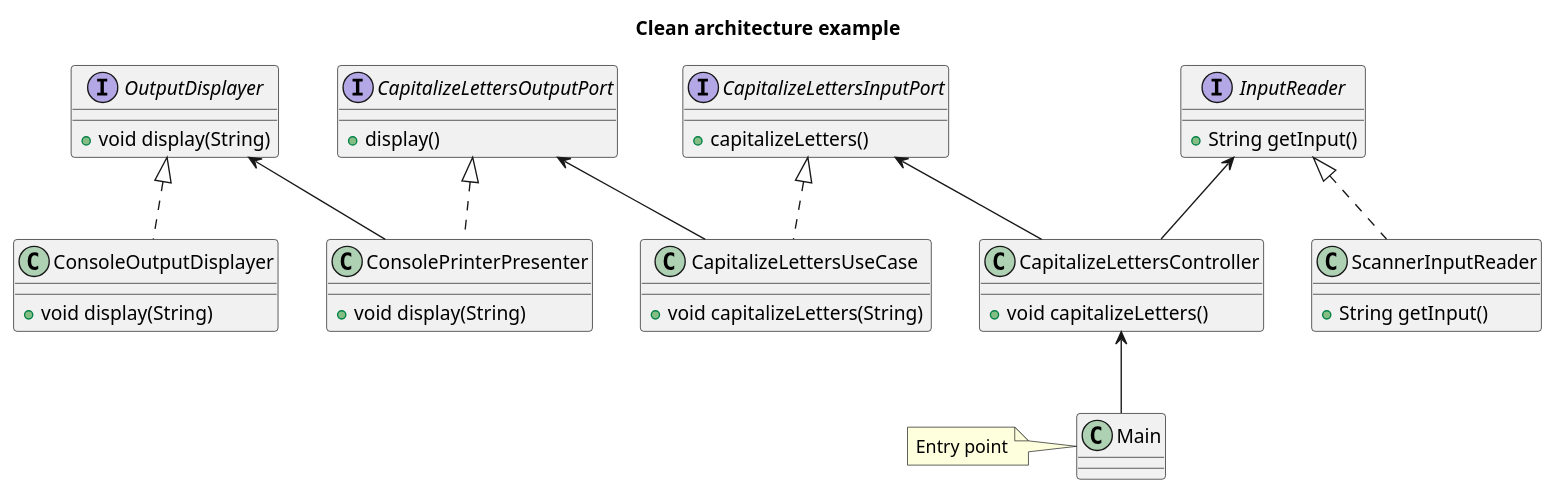
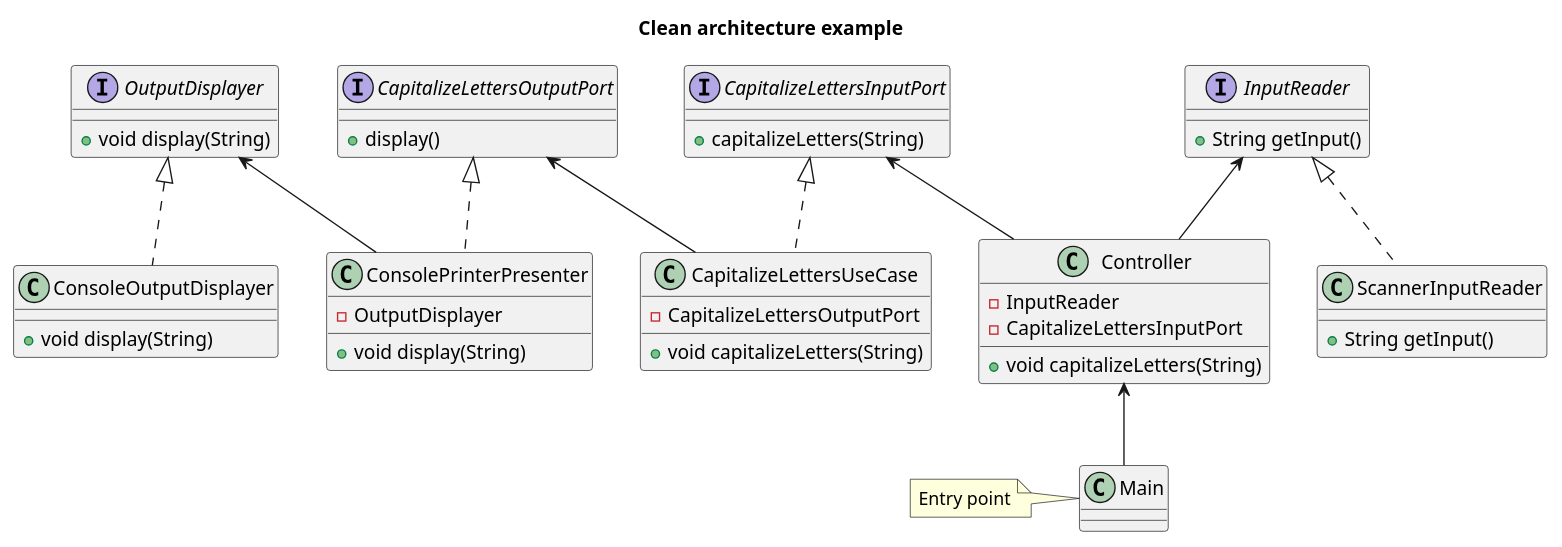
One commit to acejazz/clean-architecture-example changed the diagram in class-diagram.pu. Above: the diagram before and after it, drawn with PlantUML. The commit also changed 4 other files, not shown here.

Commit message:
Fix class diagram and rename controller

```diff
--- a/class-diagram.pu
+++ b/class-diagram.pu
@@ -1,56 +1,60 @@
 @startuml
 
 title Clean architecture example
 
 interface CapitalizeLettersInputPort {
-    +capitalizeLetters()
+    + capitalizeLetters(String)
 }
 
 interface CapitalizeLettersOutputPort {
-    +display()
+    + display()
 }
 
 interface InputReader {
-    +String getInput()
+    + String getInput()
 }
 
 interface OutputDisplayer {
-    +void display(String)
+    + void display(String)
 }
 
 class CapitalizeLettersUseCase {
-    +void capitalizeLetters(String)
+    - CapitalizeLettersOutputPort
+    + void capitalizeLetters(String)
 }
 
-class CapitalizeLettersController {
-    +void capitalizeLetters()
+class Controller {
+    - InputReader
+    - CapitalizeLettersInputPort
+    + void capitalizeLetters(String)
 }
 
 class ConsolePrinterPresenter {
-    +void display(String)
+    - OutputDisplayer
+    + void display(String)
 }
 
 class ScannerInputReader {
-    +String getInput()
+    + String getInput()
 }
 
 class ConsoleOutputDisplayer {
-    +void display(String)
+    + void display(String)
 }
 
 class Main{
 
 }
 note left: Entry point
 
 CapitalizeLettersInputPort <|.. CapitalizeLettersUseCase
 CapitalizeLettersOutputPort <-- CapitalizeLettersUseCase
-CapitalizeLettersInputPort <-- CapitalizeLettersController
-InputReader <-- CapitalizeLettersController
+CapitalizeLettersInputPort <-- Controller
+InputReader <-- Controller
 CapitalizeLettersOutputPort <|.. ConsolePrinterPresenter
 OutputDisplayer <-- ConsolePrinterPresenter
 InputReader <|.. ScannerInputReader
 OutputDisplayer <|.. ConsoleOutputDisplayer
-CapitalizeLettersController <-- Main
+Controller <-- Main
 
 @enduml
```
